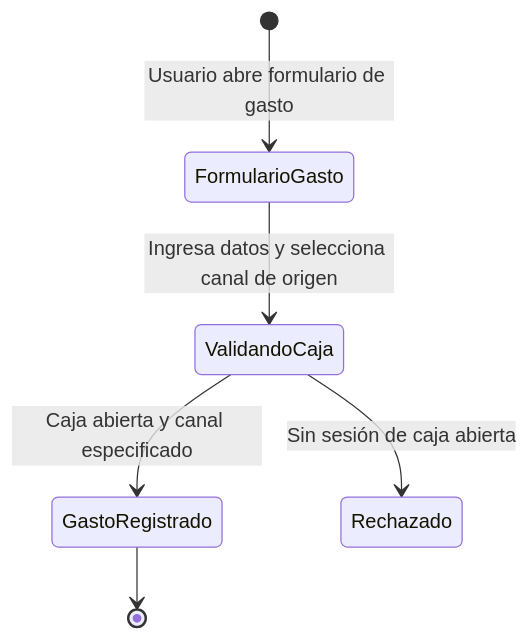
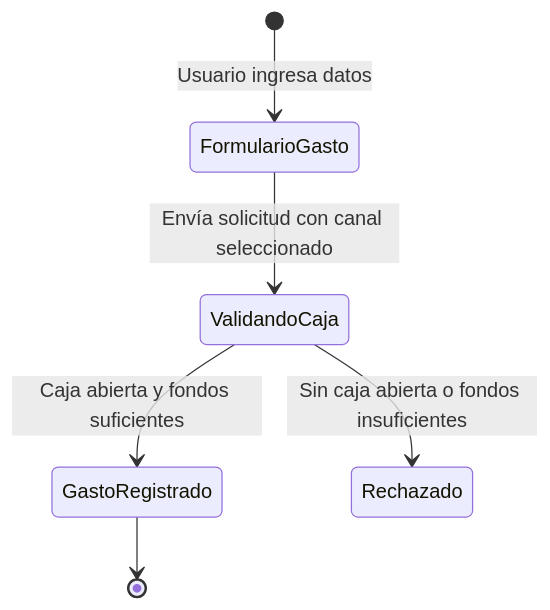
One commit to YamirJCF/tienda-barrio-pro changed the second of 3 diagrams in documentation/01_requirements/SDD/SDD_022_GASTOS_MULTICANAL.md. Above: the diagram before and after it, drawn with Mermaid. The commit also changed other lines of this file and 3 other files, not shown here.

````diff
--- a/documentation/01_requirements/SDD/SDD_022_GASTOS_MULTICANAL.md
+++ b/documentation/01_requirements/SDD/SDD_022_GASTOS_MULTICANAL.md
@@ -63,8 +69,8 @@
 ```mermaid
 stateDiagram-v2
-    [*] --> FormularioGasto : Usuario abre formulario de gasto
-    FormularioGasto --> ValidandoCaja : Ingresa datos y selecciona canal de origen
-    ValidandoCaja --> GastoRegistrado : Caja abierta y canal especificado
-    ValidandoCaja --> Rechazado : Sin sesión de caja abierta
+    [*] --> FormularioGasto : Usuario ingresa datos
+    FormularioGasto --> ValidandoCaja : Envía solicitud con canal seleccionado
+    ValidandoCaja --> GastoRegistrado : Caja abierta y fondos suficientes
+    ValidandoCaja --> Rechazado : Sin caja abierta o fondos insuficientes
     GastoRegistrado --> [*]
 ```
````
